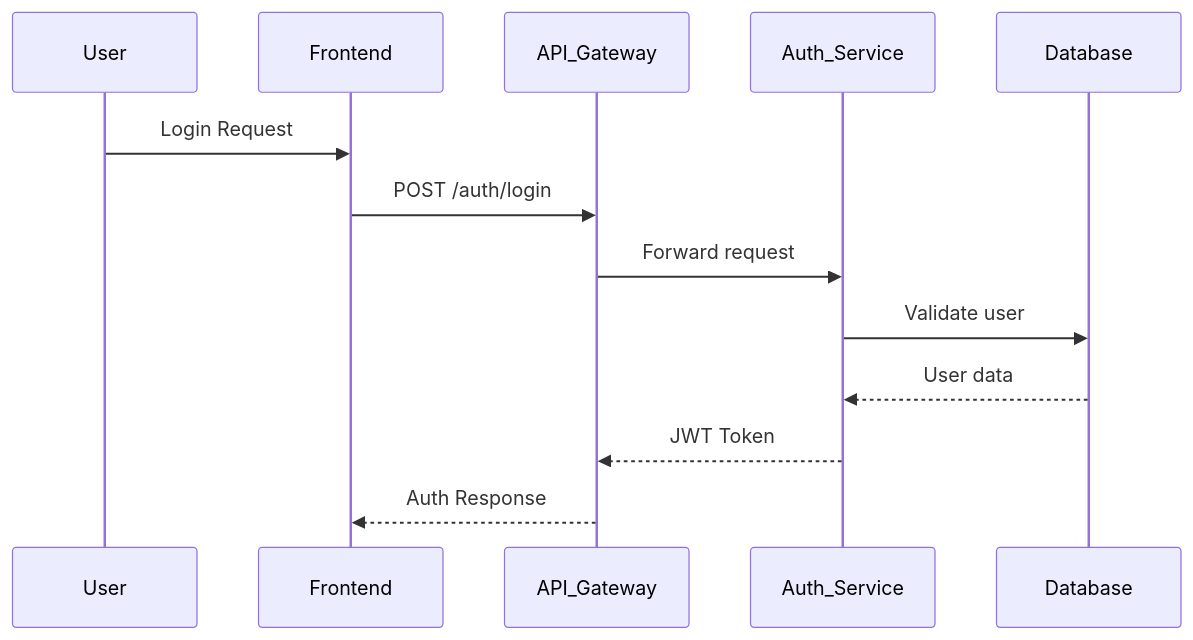
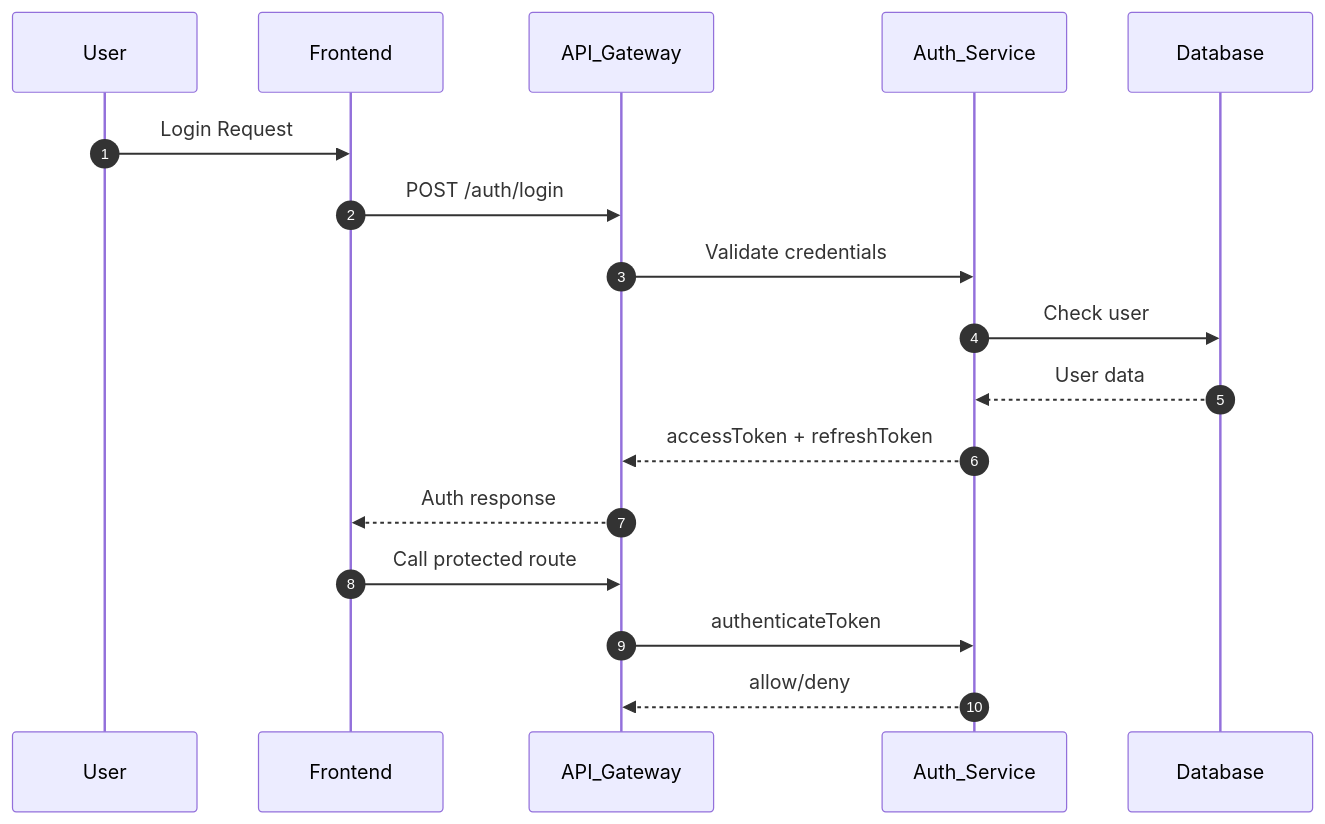
The second of 4 diagrams in README.md (ShakiraCasusi/ReRead), drawn with Mermaid before and after one commit. The commit also changed other lines of this file, not shown here.

````diff
--- a/README.md
+++ b/README.md
@@ -111,16 +168,21 @@
 ```mermaid
 sequenceDiagram
+    autonumber
     participant User
     participant Frontend
     participant API_Gateway
     participant Auth_Service
     participant Database
 
     User->>Frontend: Login Request
     Frontend->>API_Gateway: POST /auth/login
-    API_Gateway->>Auth_Service: Forward request
-    Auth_Service->>Database: Validate user
+    API_Gateway->>Auth_Service: Validate credentials
+    Auth_Service->>Database: Check user
     Database-->>Auth_Service: User data
-    Auth_Service-->>API_Gateway: JWT Token
-    API_Gateway-->>Frontend: Auth Response
+    Auth_Service-->>API_Gateway: accessToken + refreshToken
+    API_Gateway-->>Frontend: Auth response
+
+    Frontend->>API_Gateway: Call protected route
+    API_Gateway->>Auth_Service: authenticateToken
+    Auth_Service-->>API_Gateway: allow/deny
 ```
````
